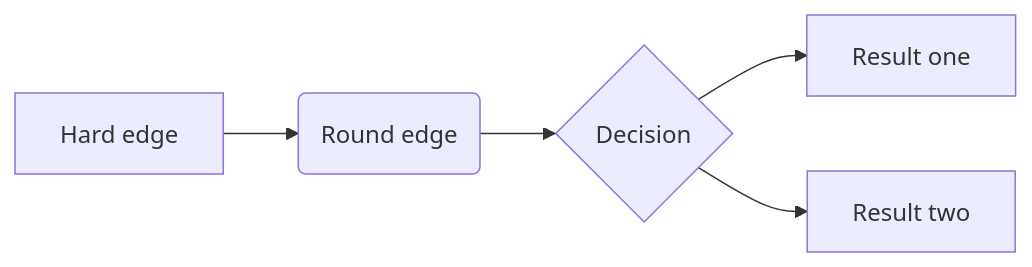
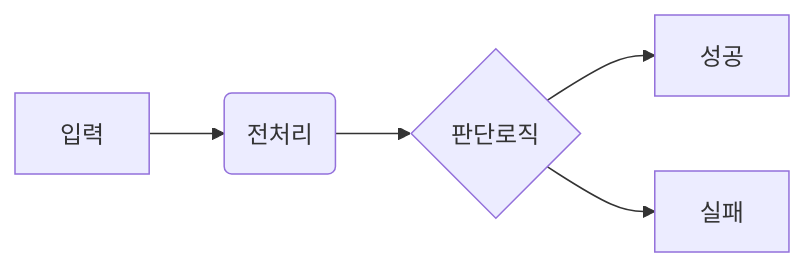
The diagram in website/docs/blog/posts/2023/09/2023-09-12-markdown/index.qmd (gabrielwithappy/gabrielwithappy.github.io), drawn with Mermaid before and after one commit. The commit also changed other lines of this file, not shown here.

````diff
--- a/website/docs/blog/posts/2023/09/2023-09-12-markdown/index.qmd
+++ b/website/docs/blog/posts/2023/09/2023-09-12-markdown/index.qmd
@@ -136,8 +128,8 @@
 ```{mermaid}
 %%| echo: fenced
 flowchart LR
-  A[Hard edge] --> B(Round edge)
-  B --> C{Decision}
-  C --> D[Result one]
-  C --> E[Result two]
+  A[입력] --> B(전처리)
+  B --> C{판단로직}
+  C --> D[성공]
+  C --> E[실패]
 ```
````
